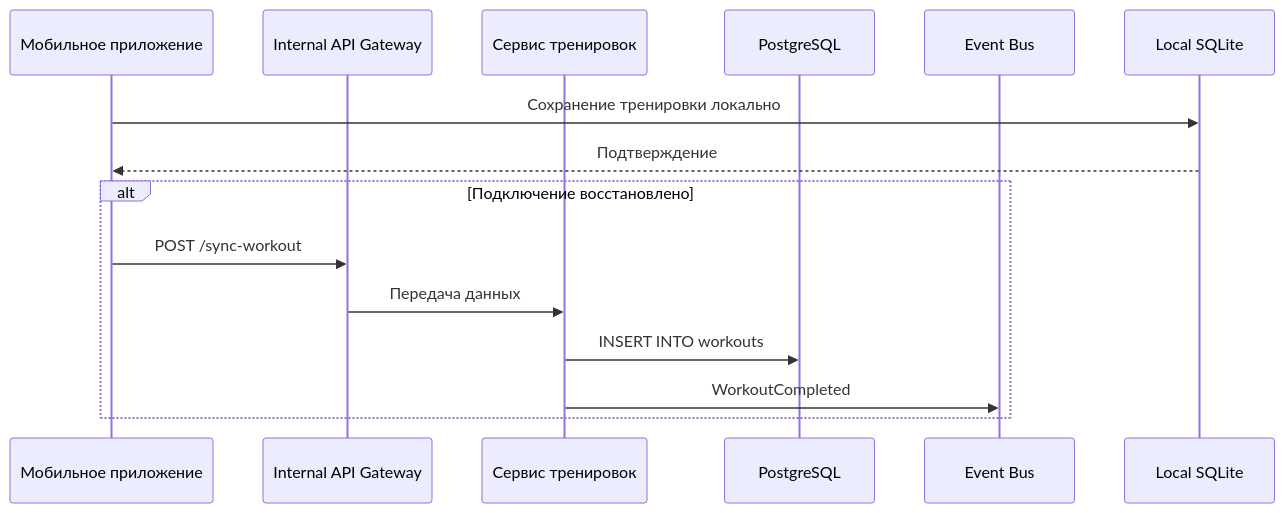
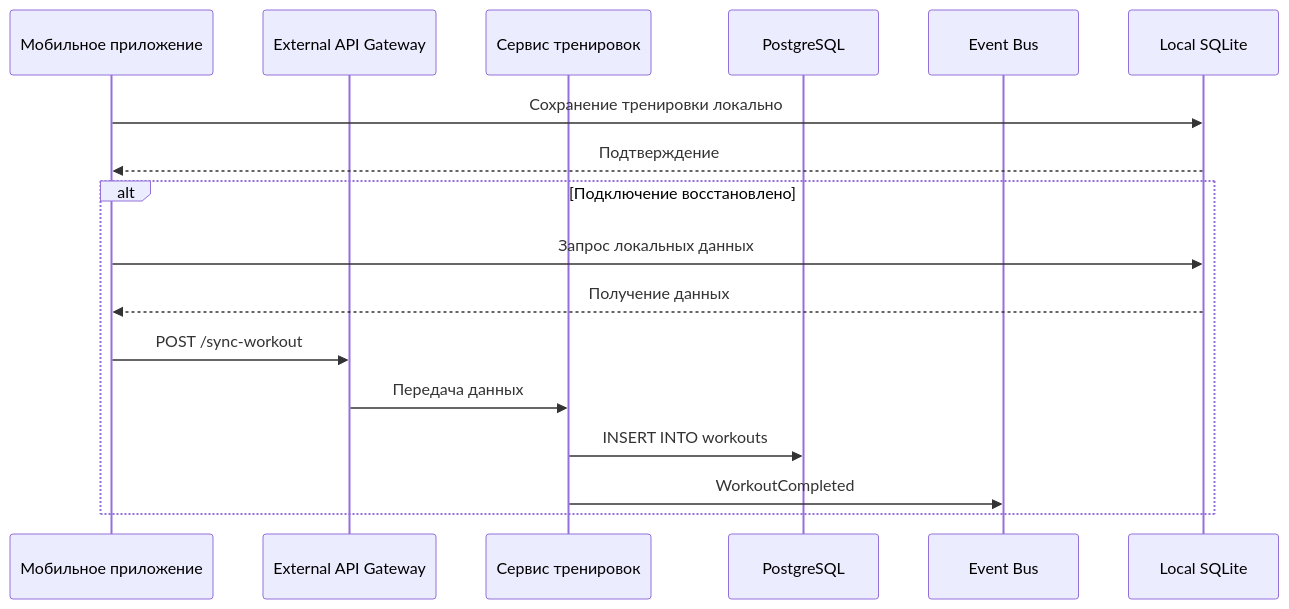
Before and after one commit to andreyantropov/architect-coursework: the diagram in architecture/application-usage-scenarios/offline-workout-sync.md, drawn with Mermaid. The commit also changed other lines of this file and 17 other files, not shown here.

````diff
--- a/architecture/application-usage-scenarios/offline-workout-sync.md
+++ b/architecture/application-usage-scenarios/offline-workout-sync.md
@@ -3,18 +3,20 @@
 ```mermaid
 sequenceDiagram
     participant M as Мобильное приложение
-    participant A as Internal API Gateway
+    participant A as External API Gateway
     participant W as Сервис тренировок
     participant DB as PostgreSQL
     participant E as Event Bus
     participant L as Local SQLite
 
     M->>L: Сохранение тренировки локально
     L-->>M: Подтверждение
     alt Подключение восстановлено
+        M->>L: Запрос локальных данных
+        L-->>M: Получение данных
         M->>A: POST /sync-workout
         A->>W: Передача данных
         W->>DB: INSERT INTO workouts
         W->>E: WorkoutCompleted
     end
 ```
````
